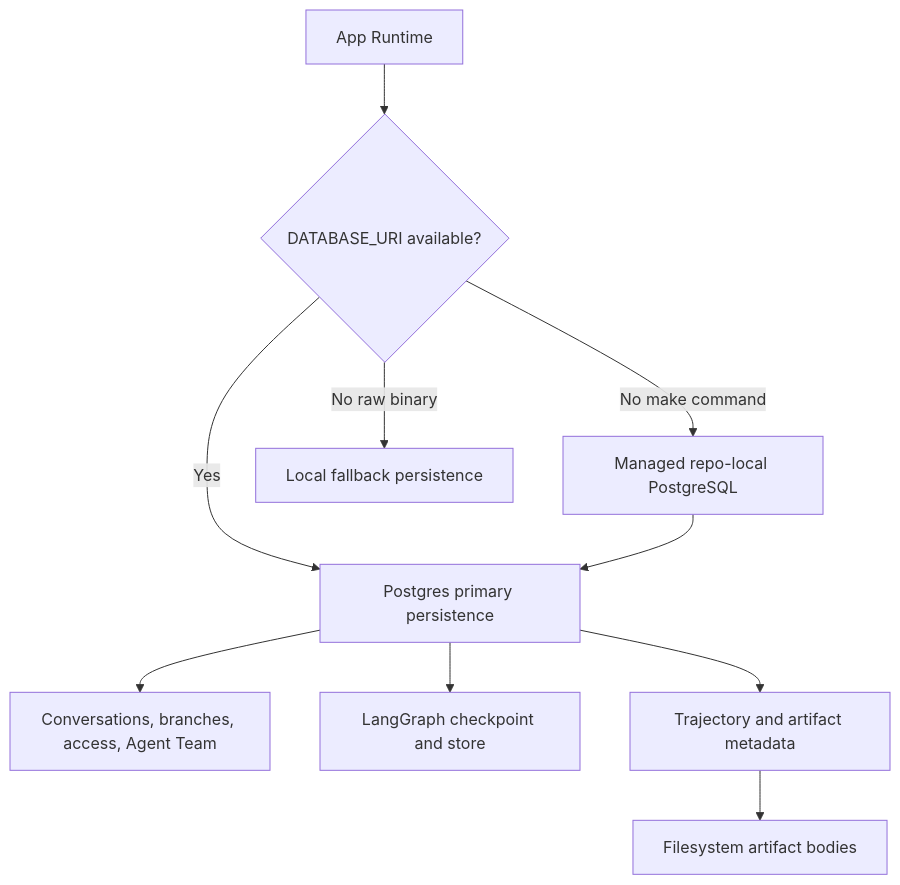
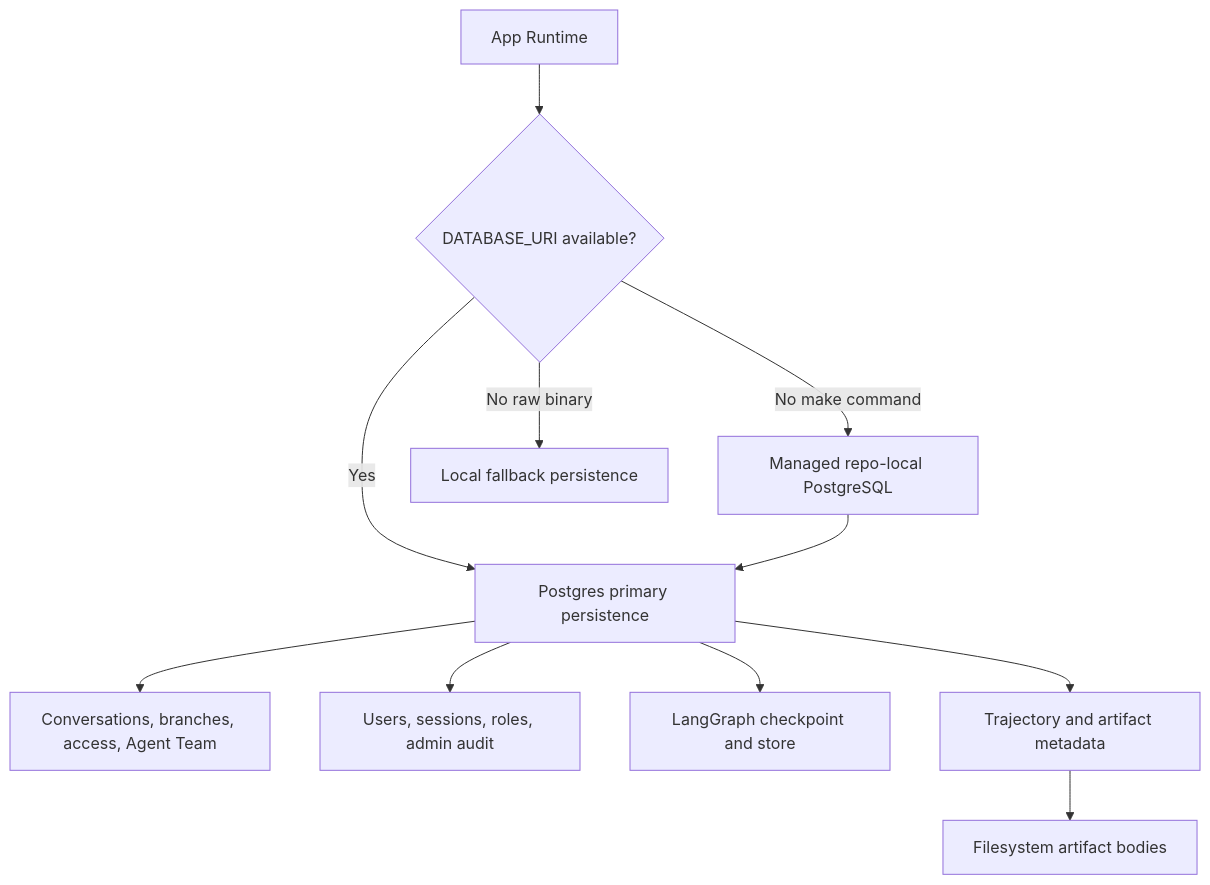
Before and after one commit to William-zgx/focus-agent: the fourth of 5 diagrams in docs/architecture.md, drawn with Mermaid. The commit also changed other lines of this file and 70 other files, not shown here.

````diff
--- a/docs/architecture.md
+++ b/docs/architecture.md
@@ -365,12 +380,13 @@
 ```mermaid
 flowchart TD
     Runtime["App Runtime"] --> Decision{"DATABASE_URI available?"}
     Decision -- "Yes" --> PG["Postgres primary persistence"]
     Decision -- "No make command" --> Managed["Managed repo-local PostgreSQL"]
     Decision -- "No raw binary" --> Fallback["Local fallback persistence"]
     Managed --> PG
     PG --> AppState["Conversations, branches, access, Agent Team"]
+    PG --> AdminState["Users, sessions, roles, admin audit"]
     PG --> GraphStore["LangGraph checkpoint and store"]
     PG --> TraceMeta["Trajectory and artifact metadata"]
     TraceMeta --> Files["Filesystem artifact bodies"]
 ```
````
